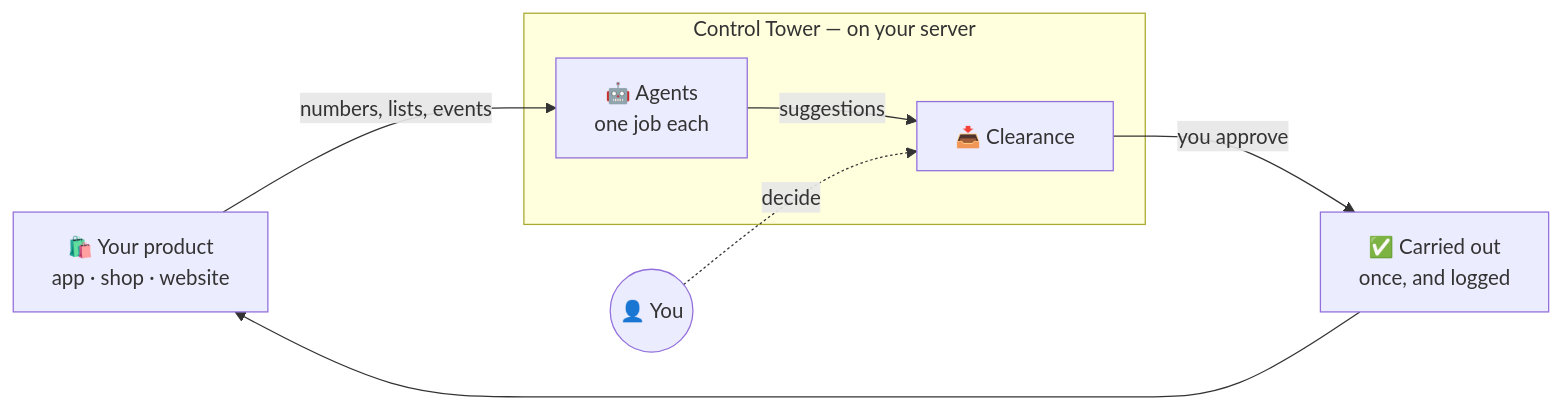
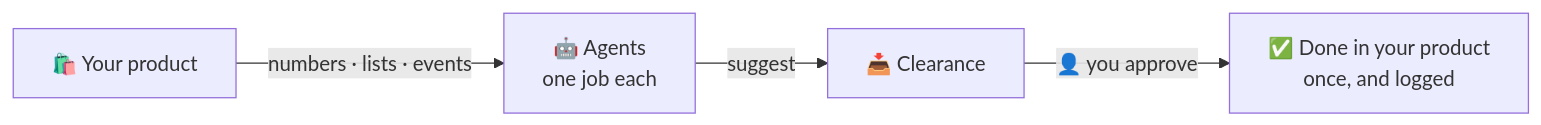
One commit to CrowPus/control-tower changed the diagram in README.md. Above: the diagram before and after it, drawn with Mermaid.

Commit message:
README: a simpler how-it-works diagram

````diff
--- a/README.md
+++ b/README.md
@@ -83,10 +83,6 @@
 ```mermaid
 flowchart LR
-    P["🛍️ Your product<br/>app · shop · website"] -- "numbers, lists, events" --> A
-    subgraph CT ["Control Tower — on your server"]
-        A["🤖 Agents<br/>one job each"] -- "suggestions" --> C["📥 Clearance"]
-    end
-    C -- "you approve" --> X["✅ Carried out<br/>once, and logged"]
-    X --> P
-    Y(("👤 You")) -. "decide" .-> C
+    P["🛍️ Your product"] -- "numbers · lists · events" --> A["🤖 Agents<br/>one job each"]
+    A -- "suggest" --> C["📥 Clearance"]
+    C -- "👤 you approve" --> X["✅ Done in your product<br/>once, and logged"]
 ```
````
